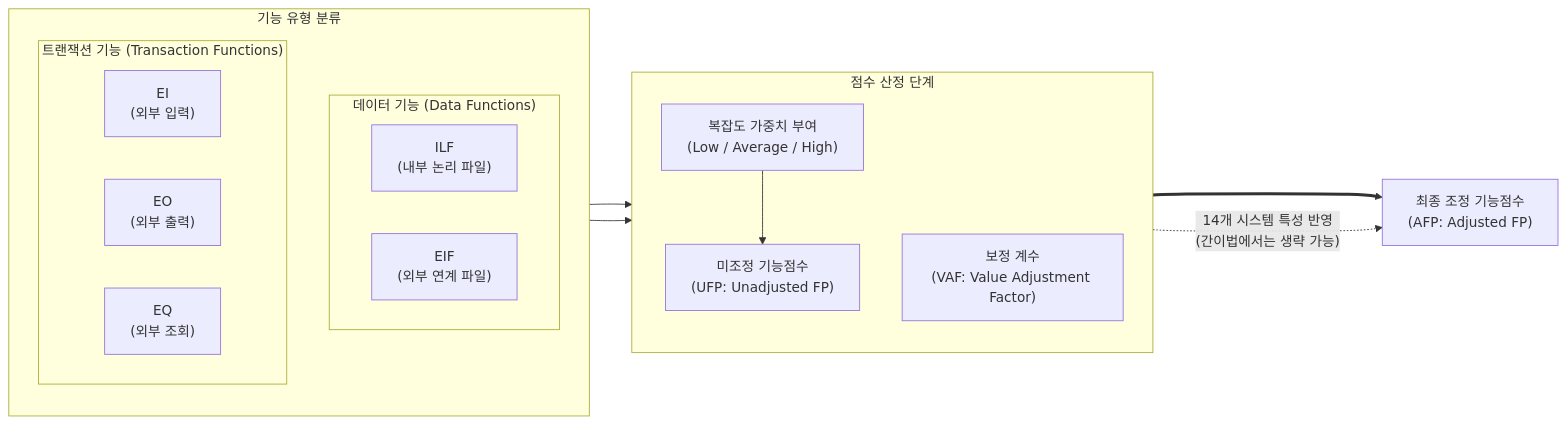
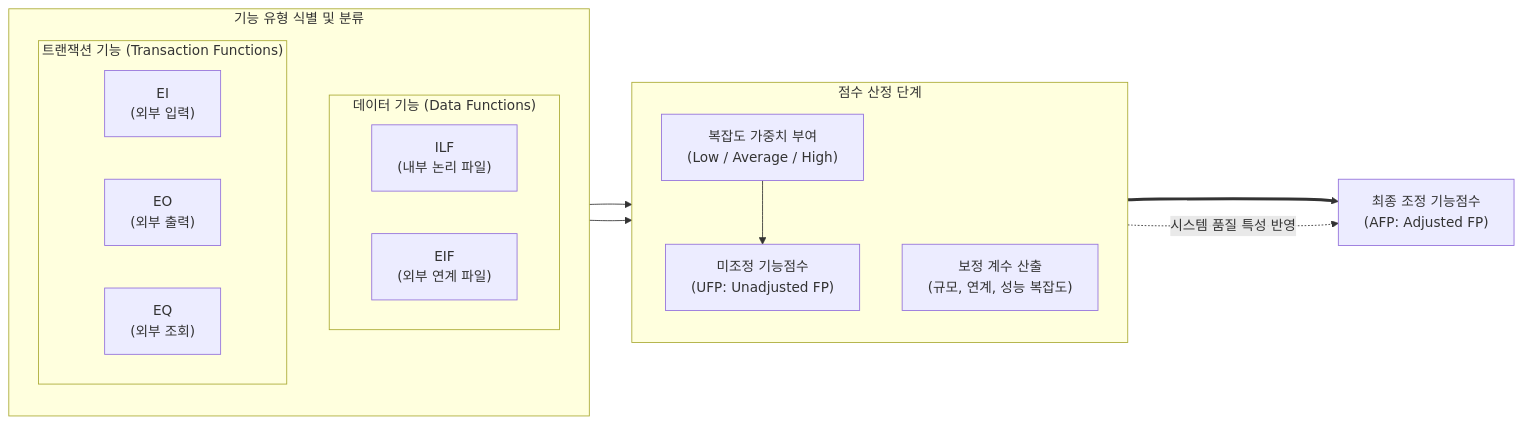
One commit to supremethumb/supremethumb.github.io changed the diagram in content/01_IT Tech/Function Point.md. Above: the diagram before and after it, drawn with Mermaid. The commit also changed other lines of this file and 362 other files, not shown here.

````diff
--- a/content/01_IT Tech/Function Point.md
+++ b/content/01_IT Tech/Function Point.md
@@ -27,34 +32,33 @@
 ```mermaid
 flowchart LR
-    subgraph Func_Types ["기능 유형 분류"]
+    subgraph Func_Types ["기능 유형 식별 및 분류"]
         direction TB
         subgraph Data ["데이터 기능 (Data Functions)"]
             direction LR
             ILF["ILF<br/>(내부 논리 파일)"]
             EIF["EIF<br/>(외부 연계 파일)"]
         end
         subgraph Trans ["트랜잭션 기능 (Transaction Functions)"]
             direction LR
             EI["EI<br/>(외부 입력)"]
             EO["EO<br/>(외부 출력)"]
             EQ["EQ<br/>(외부 조회)"]
         end
     end
 
     subgraph Calc_Phase ["점수 산정 단계"]
         direction TB
         Weight["복잡도 가중치 부여<br/>(Low / Average / High)"]
         UFP["미조정 기능점수<br/>(UFP: Unadjusted FP)"]
-        VAF["보정 계수<br/>(VAF: Value Adjustment Factor)"]
+        VAF["보정 계수 산출<br/>(규모, 연계, 성능 복잡도)"]
     end
 
     AFP["최종 조정 기능점수<br/>(AFP: Adjusted FP)"]
 
     Data --> Weight
     Trans --> Weight
     Weight --> UFP
     
     UFP ===> AFP
-    VAF -. "14개 시스템 특성 반영<br/>(간이법에서는 생략 가능)" .-> AFP
-
+    VAF -. "시스템 품질 특성 반영" .-> AFP
 ```
````
